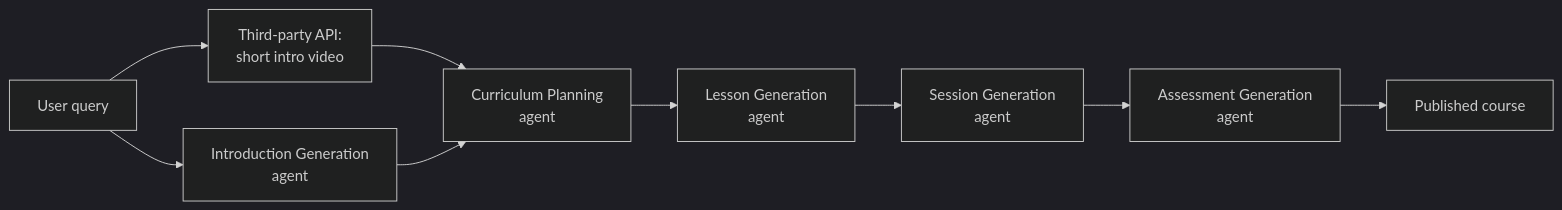
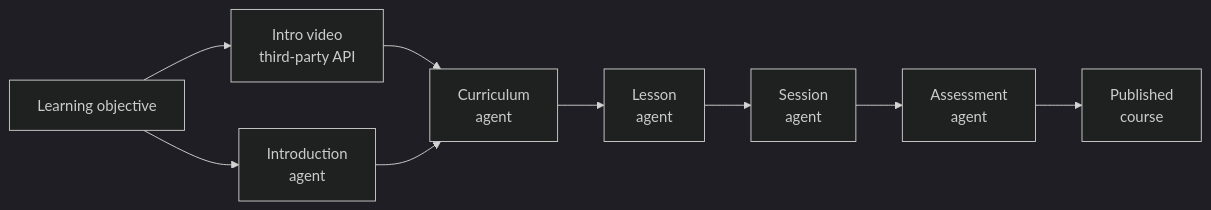
The first of 5 diagrams in README.md (muhammad-obaidullah/muhammad-obaidullah), drawn with Mermaid (dark theme) before and after one commit. The commit also changed other lines of this file, not shown here.

````diff
--- a/README.md
+++ b/README.md
@@ -31,17 +43,18 @@
 ```mermaid
 flowchart LR
-    Q[User query] --> V[Third-party API:
-    short intro video]
-    Q --> IG[Introduction Generation
+    Q[Learning objective] --> V[Intro video
+    third-party API]
+    Q --> IN[Introduction
     agent]
-    V --> CP[Curriculum Planning
+    V --> CP[Curriculum
     agent]
-    IG --> CP
-    CP --> LG[Lesson Generation
+    IN --> CP
+    CP --> LG[Lesson
     agent]
-    LG --> SG[Session Generation
+    LG --> SG[Session
     agent]
-    SG --> AG[Assessment Generation
+    SG --> AG[Assessment
     agent]
-    AG --> PUB[Published course]
+    AG --> PUB[Published
+    course]
 ```
````
